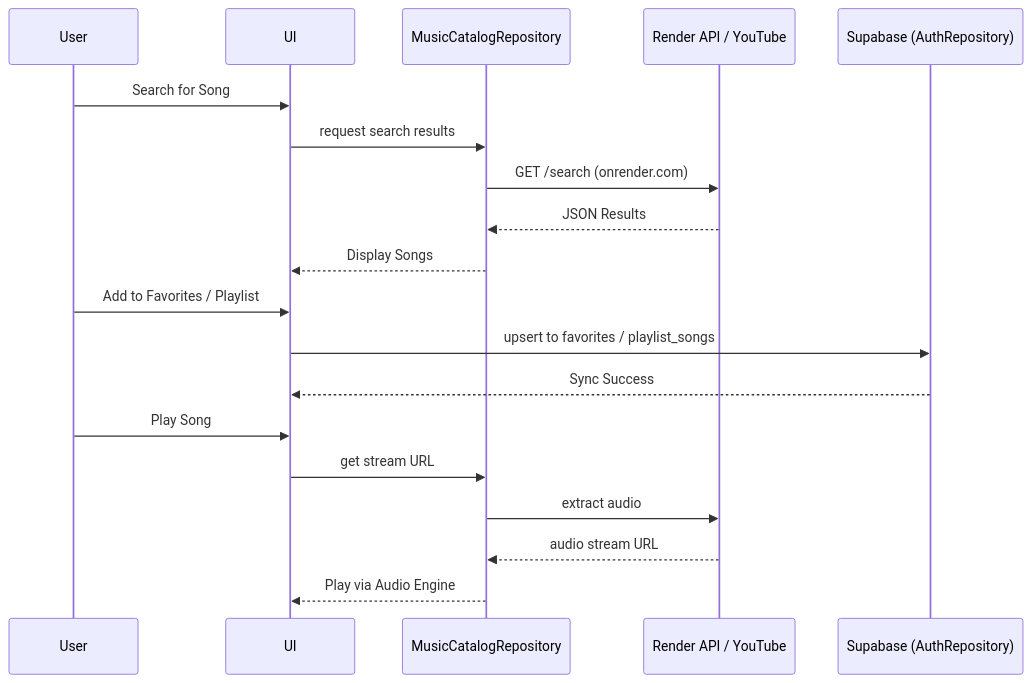
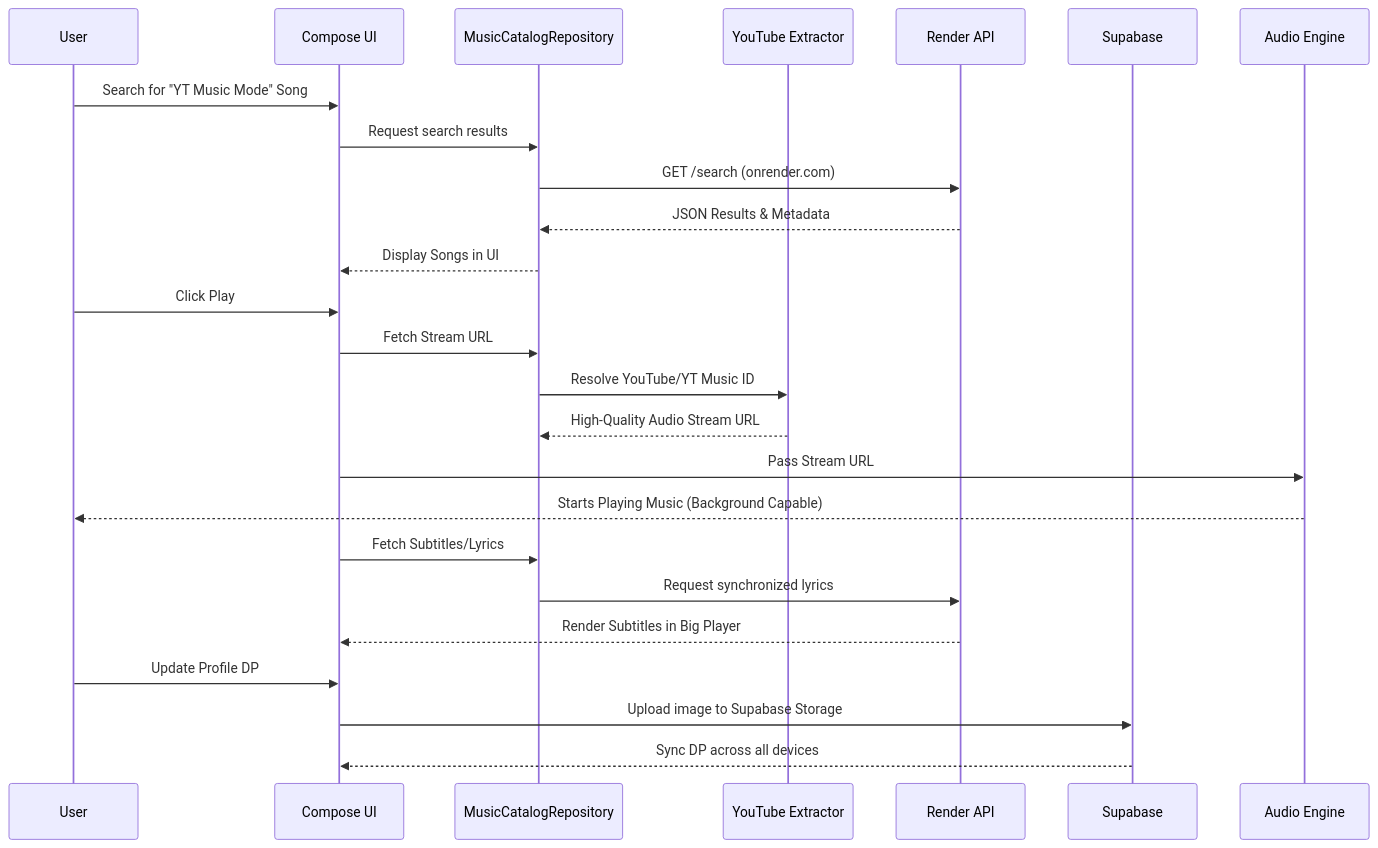
One commit to watermelon-music/Watermelon-exe changed the second of 2 diagrams in README.md. Above: the diagram before and after it, drawn with Mermaid. The commit also changed other lines of this file and 1 other file, not shown here.

Commit message:
docs: Update detailed README with in-depth feature architecture and remove Hindi version

````diff
--- a/README.md
+++ b/README.md
@@ -38,24 +55,32 @@
 ```mermaid
 sequenceDiagram
     participant User
-    participant UI
+    participant UI as Compose UI
     participant Catalog as MusicCatalogRepository
-    participant API as Render API / YouTube
-    participant DB as Supabase (AuthRepository)
+    participant YTDL as YouTube Extractor
+    participant API as Render API
+    participant DB as Supabase
+    participant Audio as Audio Engine
     
-    User->>UI: Search for Song
-    UI->>Catalog: request search results
+    User->>UI: Search for "YT Music Mode" Song
+    UI->>Catalog: Request search results
     Catalog->>API: GET /search (onrender.com)
-    API-->>Catalog: JSON Results
-    Catalog-->>UI: Display Songs
+    API-->>Catalog: JSON Results & Metadata
+    Catalog-->>UI: Display Songs in UI
     
-    User->>UI: Add to Favorites / Playlist
-    UI->>DB: upsert to favorites / playlist_songs
-    DB-->>UI: Sync Success
+    User->>UI: Click Play
+    UI->>Catalog: Fetch Stream URL
+    Catalog->>YTDL: Resolve YouTube/YT Music ID
+    YTDL-->>Catalog: High-Quality Audio Stream URL
     
-    User->>UI: Play Song
-    UI->>Catalog: get stream URL
-    Catalog->>API: extract audio
-    API-->>Catalog: audio stream URL
-    Catalog-->>UI: Play via Audio Engine
+    UI->>Audio: Pass Stream URL
+    Audio-->>User: Starts Playing Music (Background Capable)
+    
+    UI->>Catalog: Fetch Subtitles/Lyrics
+    Catalog->>API: Request synchronized lyrics
+    API-->>UI: Render Subtitles in Big Player
+    
+    User->>UI: Update Profile DP
+    UI->>DB: Upload image to Supabase Storage
+    DB-->>UI: Sync DP across all devices
 ```
````
